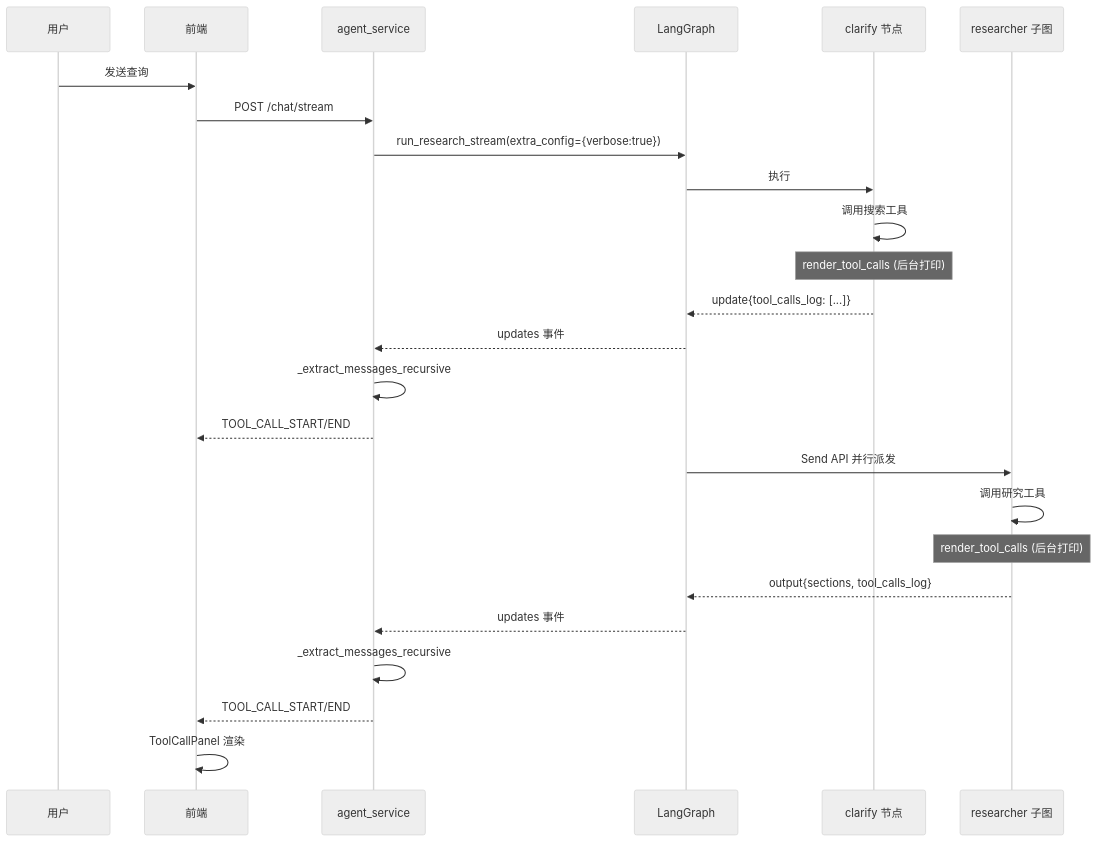
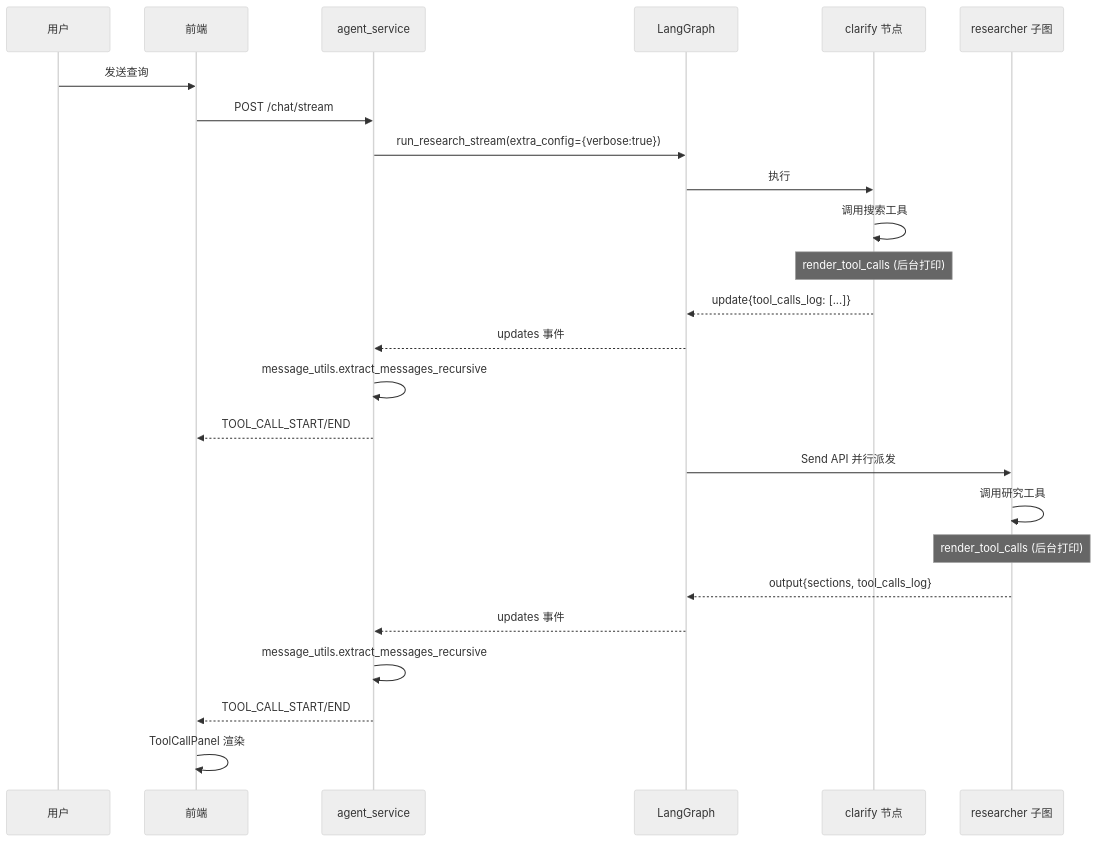
The second of 2 diagrams in src/api/docs/display_tool_call.md (JasonHZS/research-agent), drawn with Mermaid (neutral theme) before and after one commit. The commit also changed other lines of this file and 3 other files, not shown here.

````diff
--- a/src/api/docs/display_tool_call.md
+++ b/src/api/docs/display_tool_call.md
@@ -212,31 +211,31 @@
 ```mermaid
 sequenceDiagram
     participant User as 用户
     participant FE as 前端
     participant API as agent_service
     participant Graph as LangGraph
     participant Clarify as clarify 节点
     participant Researcher as researcher 子图
     
     User->>FE: 发送查询
     FE->>API: POST /chat/stream
     API->>Graph: run_research_stream(extra_config={verbose:true})
     
     Graph->>Clarify: 执行
     Clarify->>Clarify: 调用搜索工具
     Note over Clarify: render_tool_calls (后台打印)
     Clarify-->>Graph: update{tool_calls_log: [...]}
     Graph-->>API: updates 事件
-    API->>API: _extract_messages_recursive
+    API->>API: message_utils.extract_messages_recursive
     API-->>FE: TOOL_CALL_START/END
     
     Graph->>Researcher: Send API 并行派发
     Researcher->>Researcher: 调用研究工具
     Note over Researcher: render_tool_calls (后台打印)
     Researcher-->>Graph: output{sections, tool_calls_log}
     Graph-->>API: updates 事件
-    API->>API: _extract_messages_recursive
+    API->>API: message_utils.extract_messages_recursive
     API-->>FE: TOOL_CALL_START/END
     
     FE->>FE: ToolCallPanel 渲染
 ```
````
